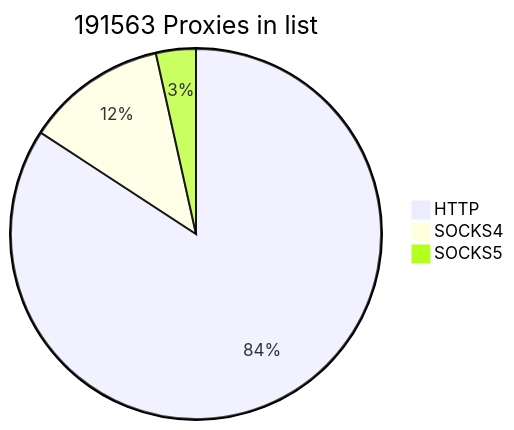
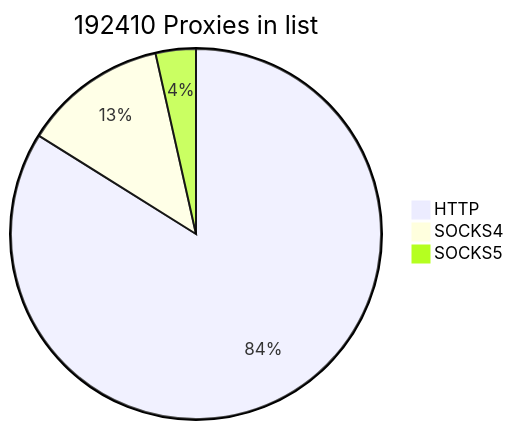
Before and after one commit to cutipu/proxylist: the first of 2 diagrams in README.md, drawn with Mermaid. The commit also changed other lines of this file, not shown here.

````diff
--- a/README.md
+++ b/README.md
@@ -2,7 +2,7 @@
 ```mermaid
-pie title 191563 Proxies in list
-    "HTTP" : 161312
-    "SOCKS4" : 23581
-    "SOCKS5" : 6670
+pie title 192410 Proxies in list
+    "HTTP" : 161432
+    "SOCKS4" : 24222
+    "SOCKS5" : 6756
             
 ```
````
